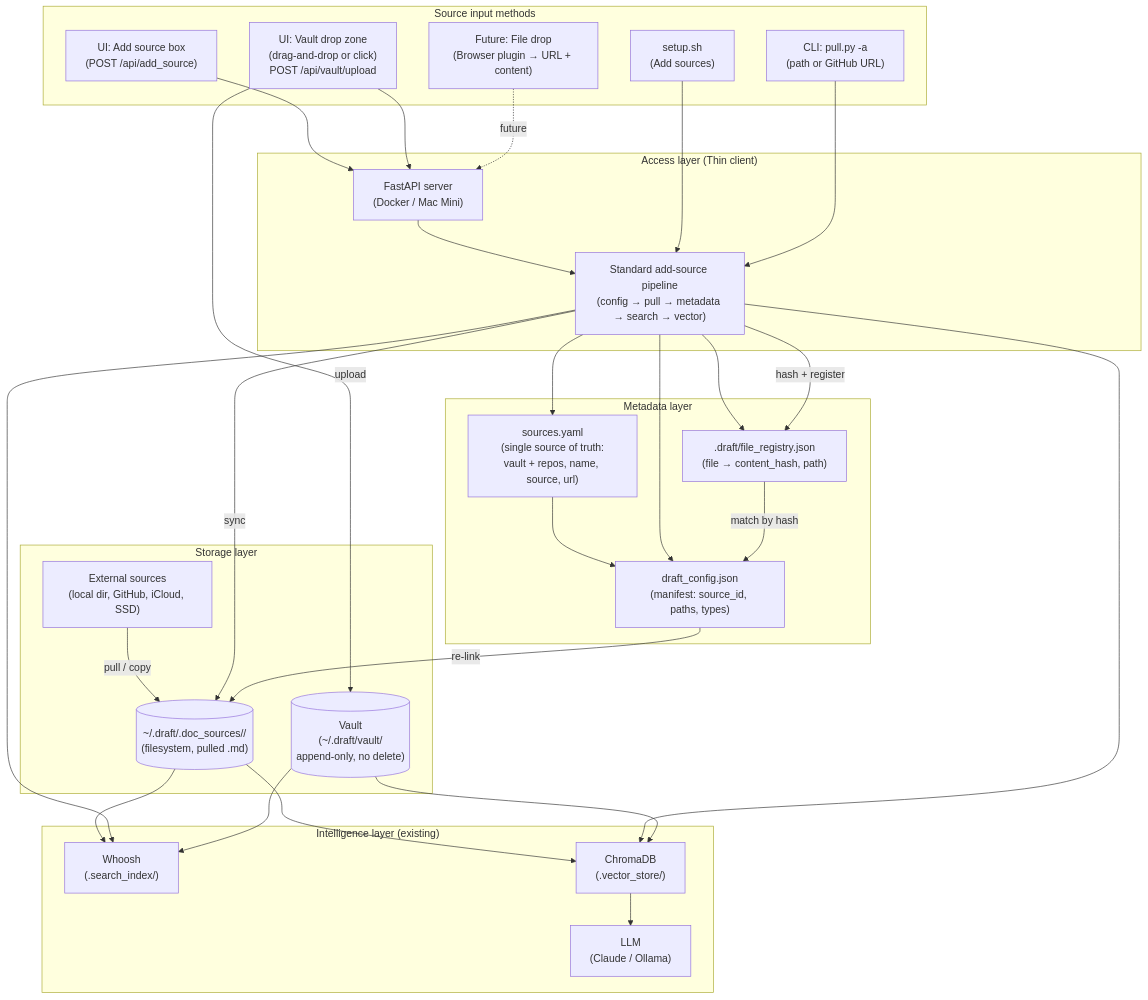
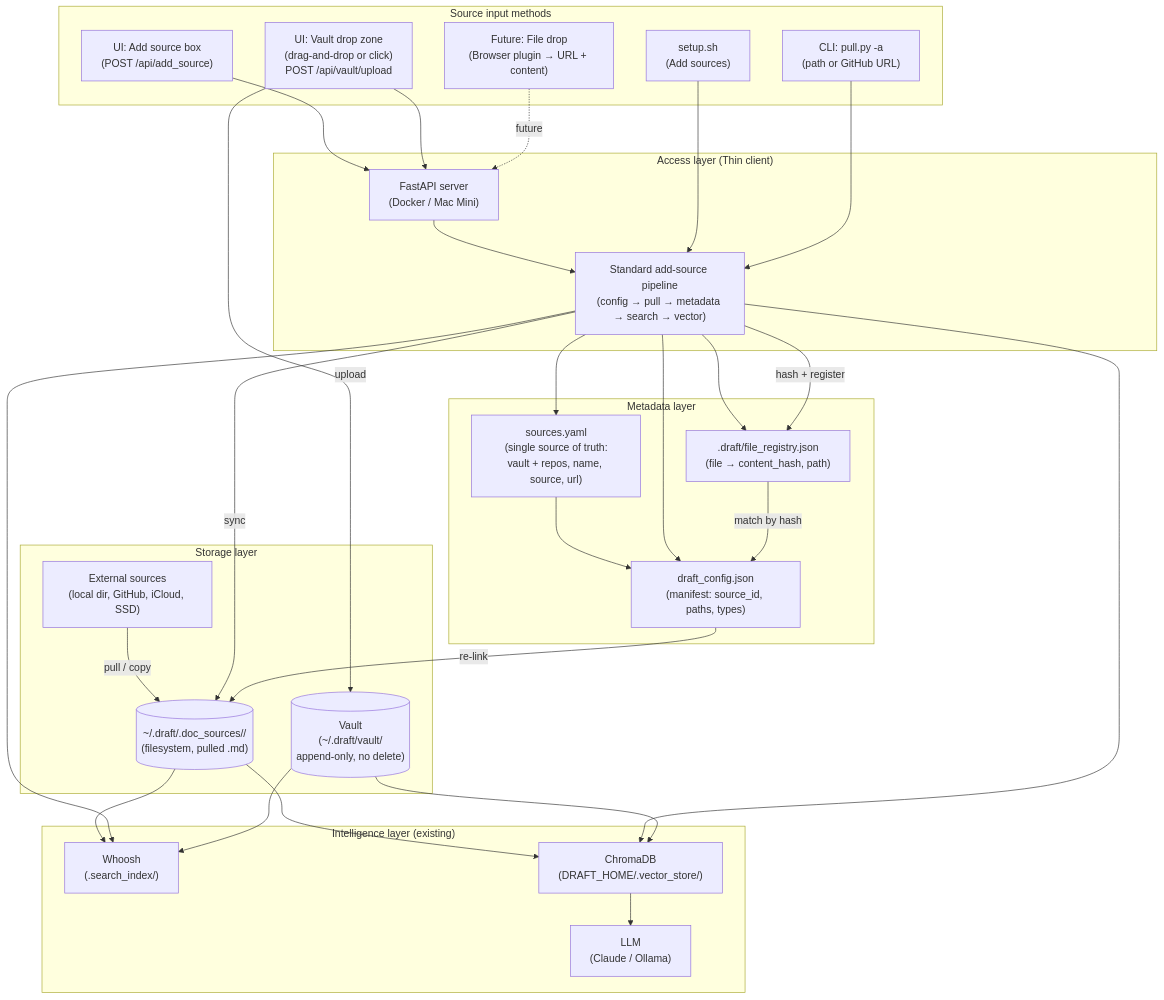
The diagram in docs/storage-and-metadata-design.md (shanjing/draft), drawn with Mermaid before and after one commit. The commit also changed other lines of this file and 31 other files, not shown here.

First line of the commit message:
feat: move RAG vector store to DRAFT_HOME, allocate 2× disk for volumes

````diff
--- a/docs/storage-and-metadata-design.md
+++ b/docs/storage-and-metadata-design.md
@@ -19,58 +19,58 @@
 ```mermaid
 flowchart TB
   subgraph inputs["Source input methods"]
     setup["setup.sh\n(Add sources)"]
     cli["CLI: pull.py -a\n(path or GitHub URL)"]
     ui["UI: Add source box\n(POST /api/add_source)"]
     vault_ui["UI: Vault drop zone\n(drag-and-drop or click)\nPOST /api/vault/upload"]
     drop["Future: File drop\n(Browser plugin → URL + content)"]
   end
 
   subgraph access["Access layer (Thin client)"]
     api["FastAPI server\n(Docker / Mac Mini)"]
     pipeline["Standard add-source pipeline\n(config → pull → metadata → search → vector)"]
     api --> pipeline
   end
 
   subgraph meta["Metadata layer"]
     sources["sources.yaml\n(single source of truth:\nvault + repos, name, source, url)"]
     manifest["draft_config.json\n(manifest: source_id, paths, types)"]
     registry[".draft/file_registry.json\n(file → content_hash, path)"]
     sources --> manifest
     pipeline --> sources
     pipeline --> manifest
     pipeline --> registry
   end
 
   subgraph storage["Storage layer"]
     external["External sources\n(local dir, GitHub, iCloud, SSD)"]
     vault[("Vault\n(~/.draft/vault/\nappend-only, no delete)")]
     docs[("~/.draft/.doc_sources/<source_id>/\n(filesystem, pulled .md)")]
     external -->|"pull / copy"| docs
     vault_ui -->|"upload"| vault
   end
 
   subgraph intel["Intelligence layer (existing)"]
     whoosh["Whoosh\n(.search_index/)"]
-    chroma["ChromaDB\n(.vector_store/)"]
+    chroma["ChromaDB\n(DRAFT_HOME/.vector_store/)"]
     llm["LLM\n(Claude / Ollama)"]
     docs --> whoosh
     docs --> chroma
     chroma --> llm
   end
 
   setup --> pipeline
   cli --> pipeline
   ui --> api
   vault_ui --> api
   drop -.->|"future"| api
 
   pipeline -->|"sync"| docs
   pipeline -->|"hash + register"| registry
   pipeline --> whoosh
   pipeline --> chroma
   manifest -->|"re-link"| docs
   registry -->|"match by hash"| manifest
   vault --> whoosh
   vault --> chroma
 ```
````
